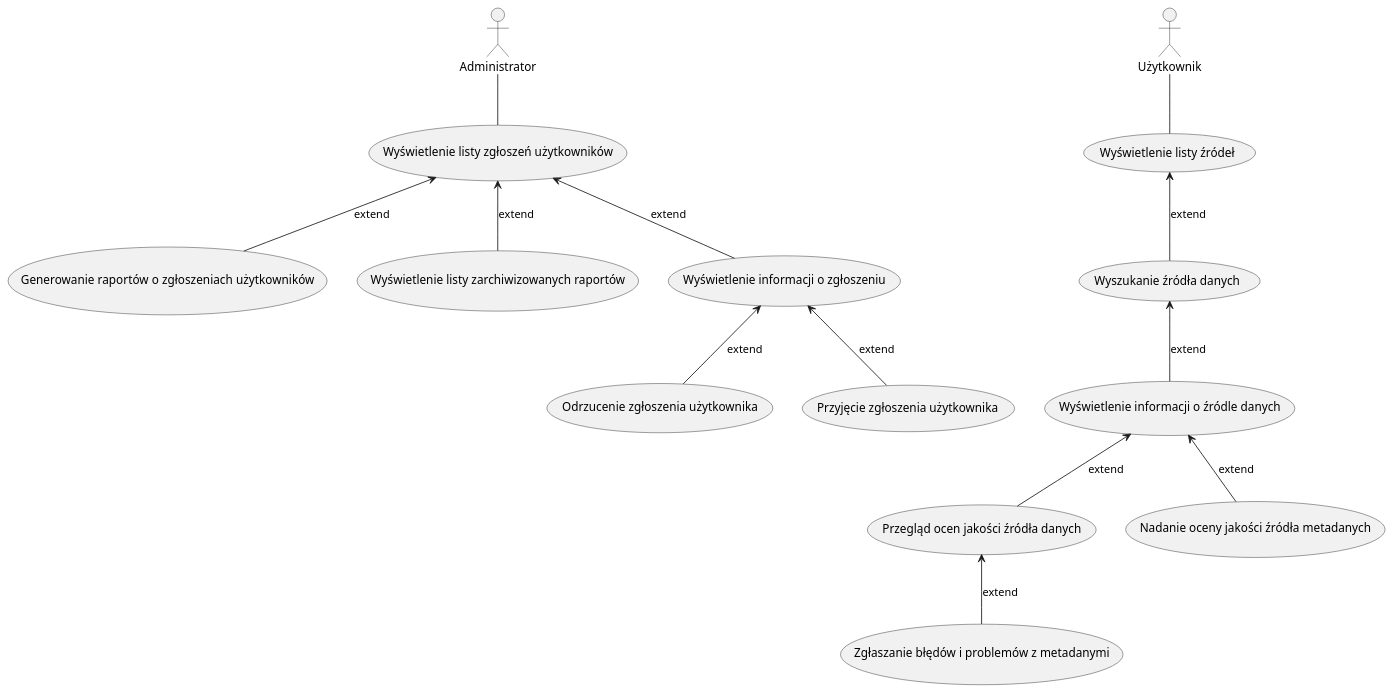
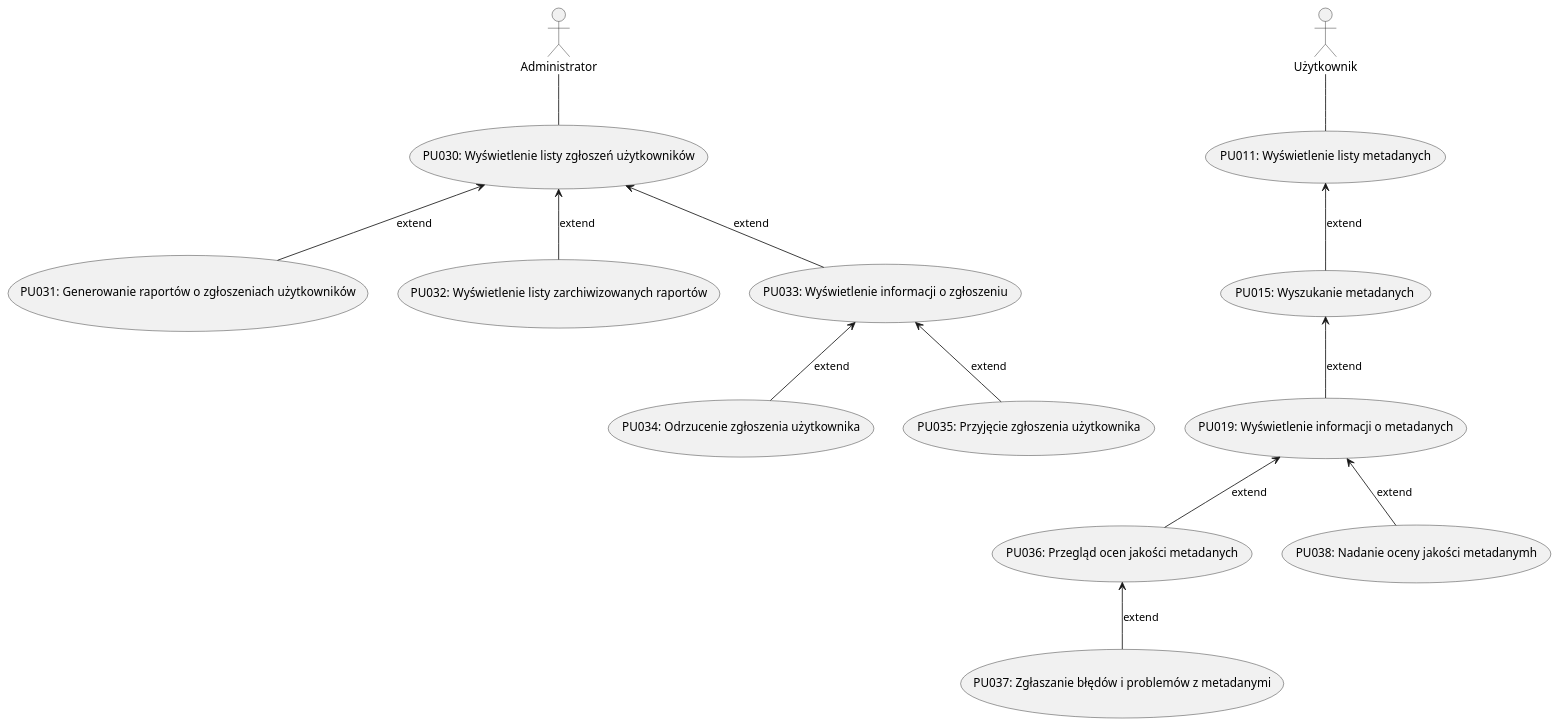
Before and after one commit to falkowp/IWO25L: the diagram in dokumentacja/specyfikacja.wymagan/4.wymagania.uzytkownika/4.1.wymagania.funkcjonalne/PU0005.puml, drawn with PlantUML. The commit also changed 13 other files, not shown here.

```diff
--- a/dokumentacja/specyfikacja.wymagan/4.wymagania.uzytkownika/4.1.wymagania.funkcjonalne/PU0005.puml
+++ b/dokumentacja/specyfikacja.wymagan/4.wymagania.uzytkownika/4.1.wymagania.funkcjonalne/PU0005.puml
@@ -1,34 +1,34 @@
 @startuml Zarządzanie błędami i jakością danych
 
 actor "Administrator" as Admin
 actor "Użytkownik" as User
 
-usecase "Wyświetlenie listy zgłoszeń użytkowników" as UC1
-usecase "Generowanie raportów o zgłoszeniach użytkowników" as UC2
-usecase "Wyświetlenie listy zarchiwizowanych raportów" as UC3
-usecase "Wyświetlenie informacji o zgłoszeniu" as UC4
-usecase "Odrzucenie zgłoszenia użytkownika" as UC5
-usecase "Przyjęcie zgłoszenia użytkownika" as UC6
-usecase "Wyświetlenie listy źródeł" as UC7
-usecase "Wyszukanie źródła danych" as UC8
-usecase "Wyświetlenie informacji o źródle danych" as UC9
-usecase "Przegląd ocen jakości źródła danych" as UC10
-usecase "Zgłaszanie błędów i problemów z metadanymi" as UC11
-usecase "Nadanie oceny jakości źródła metadanych" as UC12
+usecase "PU030: Wyświetlenie listy zgłoszeń użytkowników" as UC1
+usecase "PU031: Generowanie raportów o zgłoszeniach użytkowników" as UC2
+usecase "PU032: Wyświetlenie listy zarchiwizowanych raportów" as UC3
+usecase "PU033: Wyświetlenie informacji o zgłoszeniu" as UC4
+usecase "PU034: Odrzucenie zgłoszenia użytkownika" as UC5
+usecase "PU035: Przyjęcie zgłoszenia użytkownika" as UC6
+usecase "PU011: Wyświetlenie listy metadanych" as UC7
+usecase "PU015: Wyszukanie metadanych" as UC8
+usecase "PU019: Wyświetlenie informacji o metadanych" as UC9
+usecase "PU036: Przegląd ocen jakości metadanych" as UC10
+usecase "PU037: Zgłaszanie błędów i problemów z metadanymi" as UC11
+usecase "PU038: Nadanie oceny jakości metadanymh" as UC12
 
 Admin -- UC1
 UC1 <-- UC2 : extend
 UC1 <-- UC3 : extend
 
 UC4 <-- UC5 : extend
 UC4 <-- UC6 : extend
 UC1 <-- UC4 : extend
 
 User -- UC7
 UC7 <-- UC8 : extend
 UC8 <-- UC9 : extend
 UC9 <-- UC10 : extend
 UC10 <-- UC11 : extend
 UC9 <-- UC12 : extend
 
 @enduml
```
